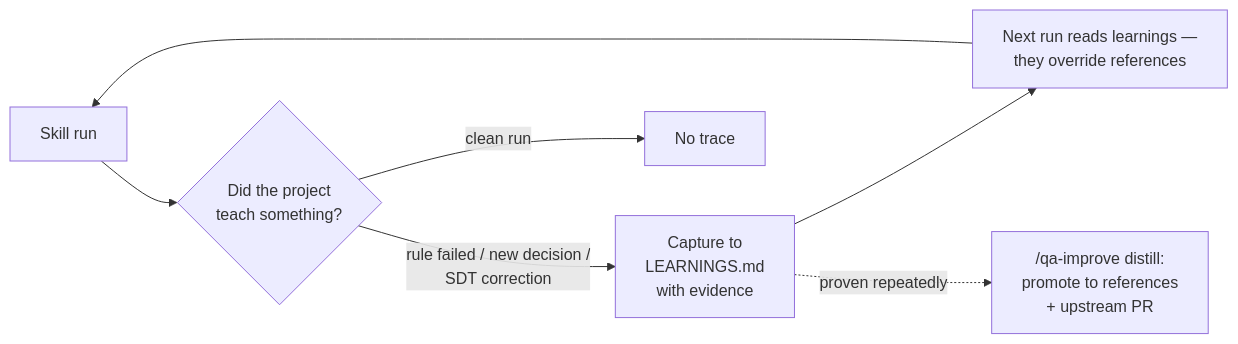
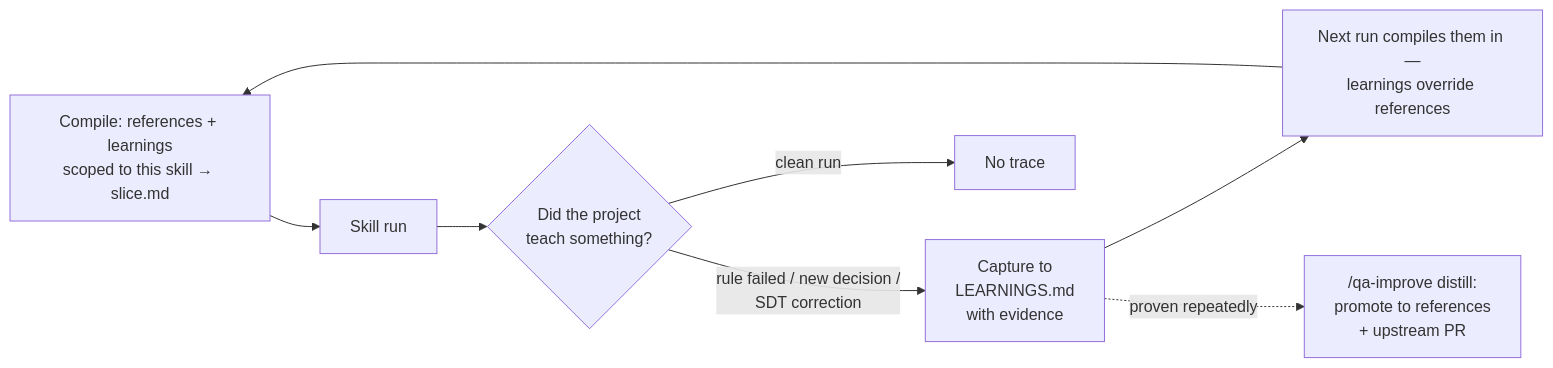
The diagram in README-en.md (TimothyHan/qa-buddy-skills), drawn with Mermaid before and after one commit. The commit also changed other lines of this file and 1 other file, not shown here.

Commit message:
docs(readme): 컨텍스트 컴파일러에 이름 붙은 자리 부여 + 다이어그램에 컴파일 단계 추가
README에 "컨텍스트 컴파일러"라는 말이 **0번** 등장했습니다. RFC 0001·PR0–PR6·
v0.5.0의 주제인데, 학습 레이어를 설명하는 150단어 문단 한가운데 종속절
하나("Every run starts by **compiling** …")로만 존재했고, 바로 위 mermaid
다이어그램에는 컴파일 단계 자체가 없었습니다. RFC 링크 제목도 "RFC 0001"이라
정작 이름(Context Compiler)을 말하지 않았습니다.

- 다이어그램: 컴파일 노드를 앞에 추가하고 루프가 그 노드로 닫히게 함
  (`E --> Z`) — 실제 런타임 순서와 일치합니다
- 뒤엉켜 있던 한 문단을 둘로 분리:
  **컨텍스트 컴파일러** — 스킬은 레퍼런스 전체를 열지 않는다; 스코프된 섹션과
  학습이 `slice.md` + 매니페스트로 컴파일되어 `.qa-reports/runs/<run>/`에
  남는다; 그래서 모델에 무엇이 도달했는지는 추측이 아니라 다시 읽을 수 있는
  산출물이다. 설계 링크를 "RFC 0001 — Context Compiler"로 제목까지 표기
  **학습 레이어** — LEARNINGS.md 생명주기, 포착 트리거, 로그·지문

분량은 거의 그대로입니다(한 문단을 둘로 나눈 것). RFC 0002는 여전히 Draft라
언급하지 않았습니다.

node build.js all (+ --locale ko), node test.js 1141 passed / 0 failed.

````diff
--- a/README-en.md
+++ b/README-en.md
@@ -248,9 +248,10 @@
 ```mermaid
 flowchart LR
-    A[Skill run] --> B{Did the project<br>teach something?}
+    Z[Compile: references + learnings<br>scoped to this skill → slice.md] --> A[Skill run]
+    A --> B{Did the project<br>teach something?}
     B -- "rule failed / new decision /<br>SDT correction" --> C[Capture to<br>LEARNINGS.md<br>with evidence]
     B -- clean run --> D[No trace]
-    C --> E[Next run reads learnings —<br>they override references]
-    E --> A
+    C --> E[Next run compiles them in —<br>learnings override references]
+    E --> Z
     C -. proven repeatedly .-> F["/qa-improve distill:<br>promote to references<br>+ upstream PR"]
 ```
````
